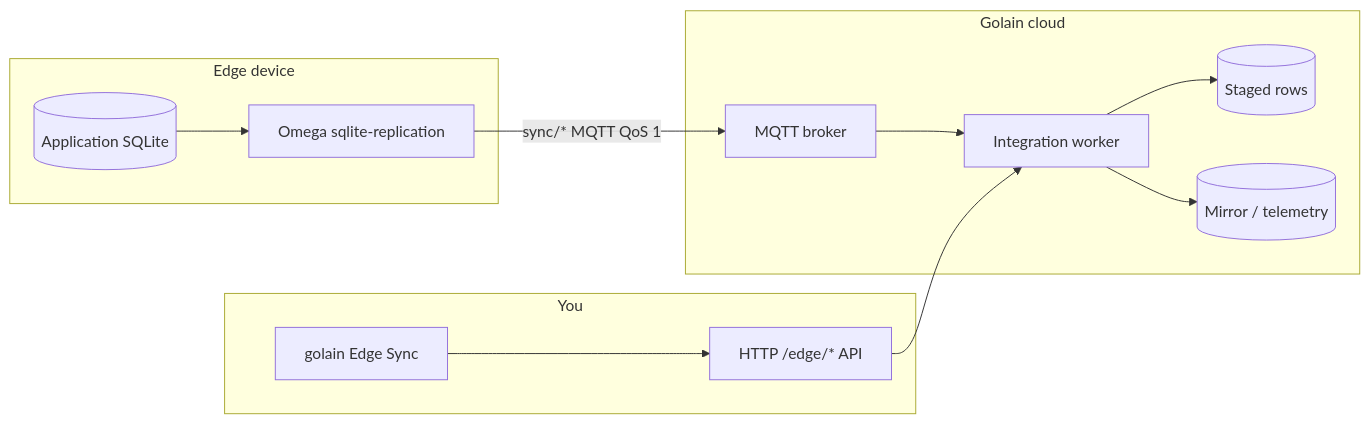
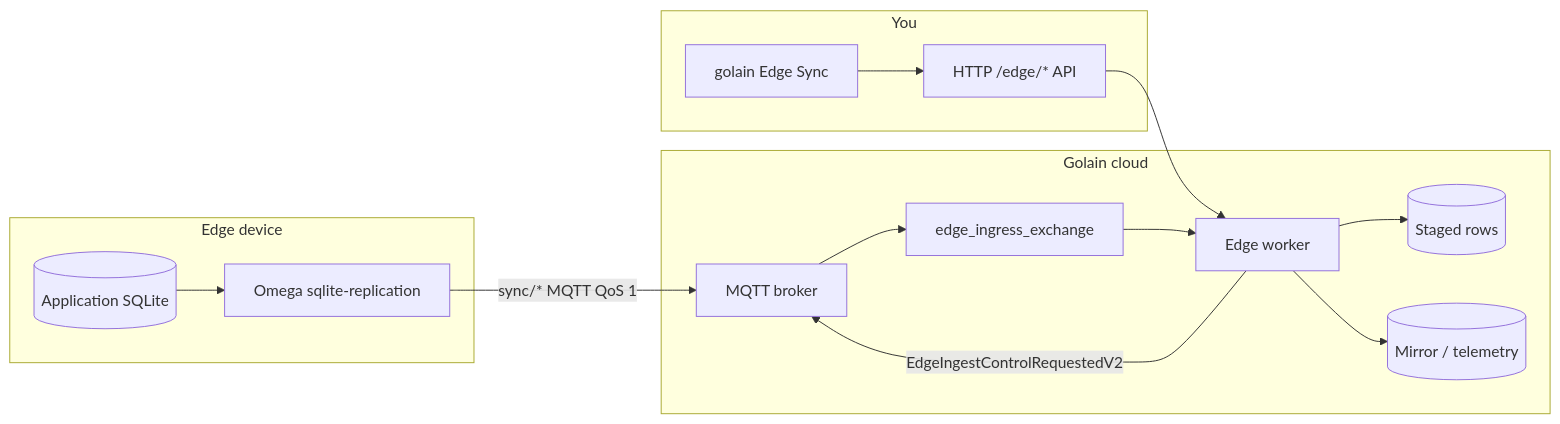
One commit to golain-io/docs changed the diagram in edge/data-sync/overview.mdx. Above: the diagram before and after it, drawn with Mermaid. The commit also changed other lines of this file and 13 other files, not shown here.

First line of the commit message:
docs(edge): update Mintlify for edge v2 architecture

````diff
--- a/edge/data-sync/overview.mdx
+++ b/edge/data-sync/overview.mdx
@@ -21,22 +21,24 @@
 ```mermaid
 flowchart LR
   subgraph device [Edge device]
     DB[(Application SQLite)]
     O[Omega sqlite-replication]
     DB --> O
   end
   subgraph cloud [Golain cloud]
     B[MQTT broker]
-    W[Integration worker]
+    X[edge_ingress_exchange]
+    W[Edge worker]
     S[(Staged rows)]
     M[(Mirror / telemetry)]
-    O -->|sync/* MQTT QoS 1| B --> W
+    O -->|sync/* MQTT QoS 1| B --> X --> W
     W --> S
     W --> M
+    W -->|EdgeIngestControlRequestedV2| B
   end
   subgraph ops [You]
     TUI[golain Edge Sync]
     API[HTTP /edge/* API]
     TUI --> API --> W
   end
 ```
````
